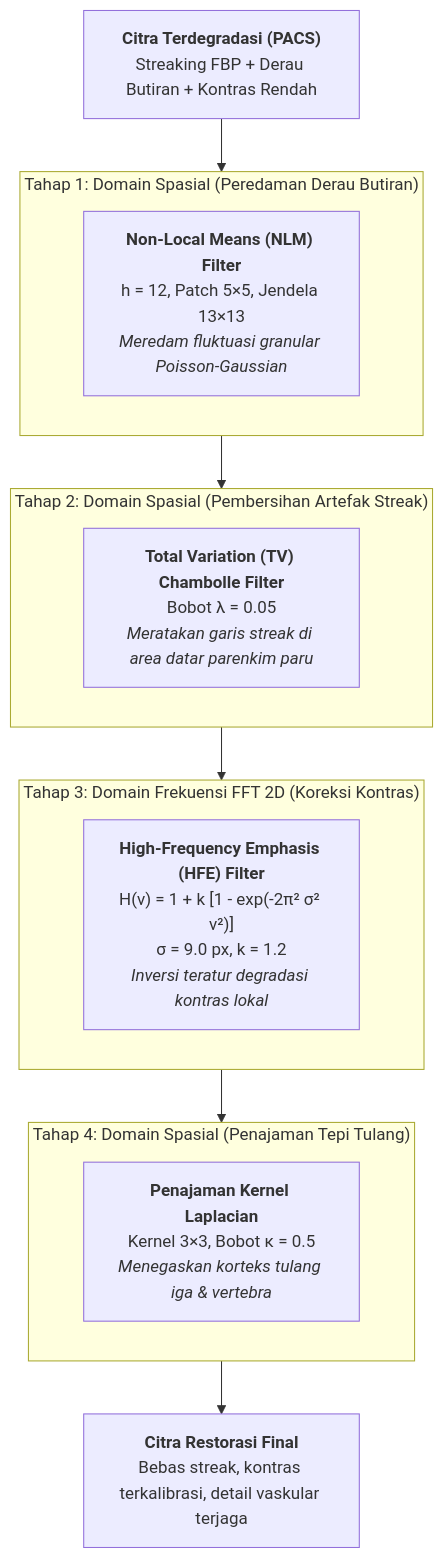
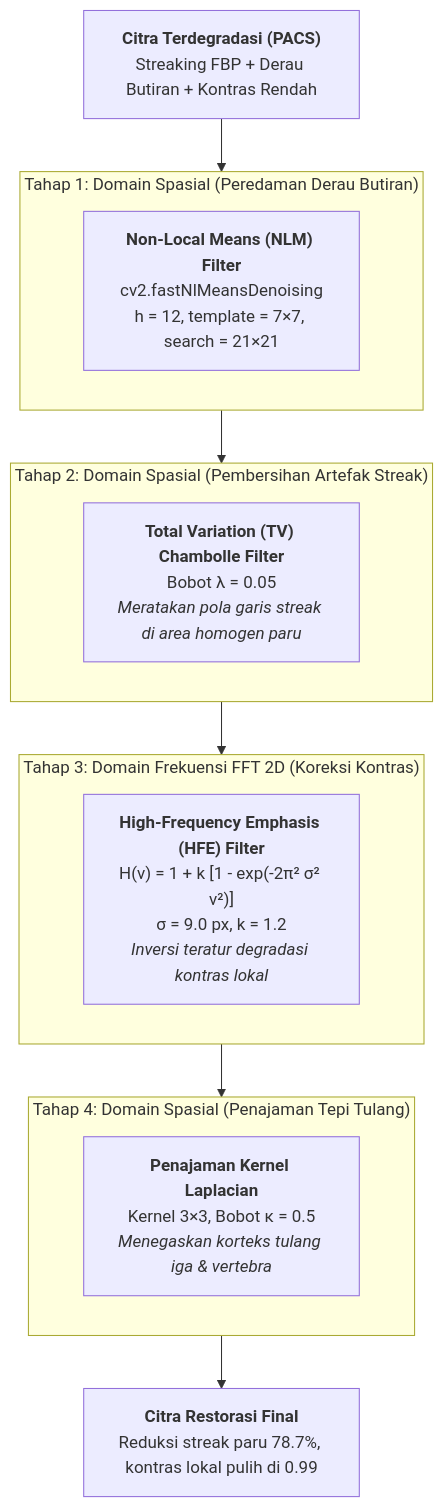
One commit to Aruh1/aruh1.dev changed the second of 2 diagrams in src/content/blog/restorasi-ct-scan-thorax/index.md. Above: the diagram before and after it, drawn with Mermaid. The commit also changed other lines of this file and 3 other files, not shown here.

````diff
--- a/src/content/blog/restorasi-ct-scan-thorax/index.md
+++ b/src/content/blog/restorasi-ct-scan-thorax/index.md
@@ -100,32 +106,32 @@
 ```mermaid
 flowchart TD
     IN["<b>Citra Terdegradasi (PACS)</b><br/>Streaking FBP + Derau Butiran + Kontras Rendah"]
 
     subgraph S1 ["Tahap 1: Domain Spasial (Peredaman Derau Butiran)"]
         direction TB
-        NLM["<b>Non-Local Means (NLM) Filter</b><br/>h = 12, Patch 5×5, Jendela 13×13<br/><i>Meredam fluktuasi granular Poisson-Gaussian</i>"]
+        NLM["<b>Non-Local Means (NLM) Filter</b><br/>cv2.fastNlMeansDenoising<br/>h = 12, template = 7×7, search = 21×21"]
     end
 
     subgraph S2 ["Tahap 2: Domain Spasial (Pembersihan Artefak Streak)"]
         direction TB
-        TV["<b>Total Variation (TV) Chambolle Filter</b><br/>Bobot λ = 0.05<br/><i>Meratakan garis streak di area datar parenkim paru</i>"]
+        TV["<b>Total Variation (TV) Chambolle Filter</b><br/>Bobot λ = 0.05<br/><i>Meratakan pola garis streak di area homogen paru</i>"]
     end
 
     subgraph S3 ["Tahap 3: Domain Frekuensi FFT 2D (Koreksi Kontras)"]
         direction TB
         HFE["<b>High-Frequency Emphasis (HFE) Filter</b><br/>H(ν) = 1 + k [1 - exp(-2π² σ² ν²)]<br/>σ = 9.0 px, k = 1.2<br/><i>Inversi teratur degradasi kontras lokal</i>"]
     end
 
     subgraph S4 ["Tahap 4: Domain Spasial (Penajaman Tepi Tulang)"]
         direction TB
         SHARP["<b>Penajaman Kernel Laplacian</b><br/>Kernel 3×3, Bobot κ = 0.5<br/><i>Menegaskan korteks tulang iga & vertebra</i>"]
     end
 
-    OUT["<b>Citra Restorasi Final</b><br/>Bebas streak, kontras terkalibrasi, detail vaskular terjaga"]
+    OUT["<b>Citra Restorasi Final</b><br/>Reduksi streak paru 78.7%, kontras lokal pulih di 0.99"]
 
     IN --> NLM
     NLM --> TV
     TV --> HFE
     HFE --> SHARP
     SHARP --> OUT
 ```
````
